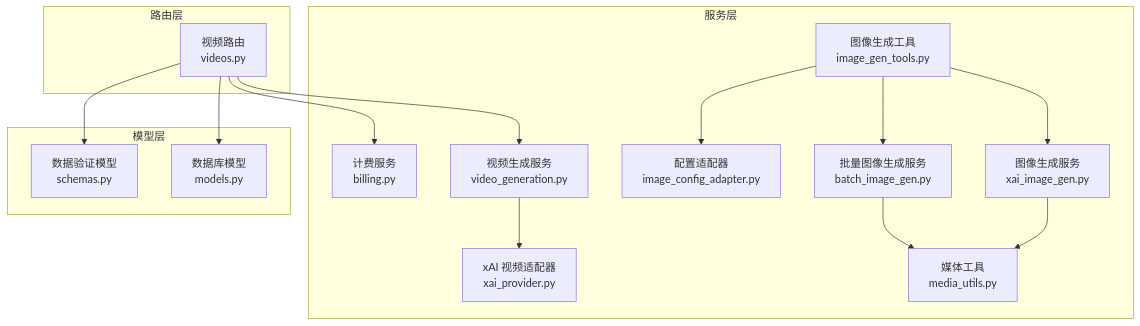
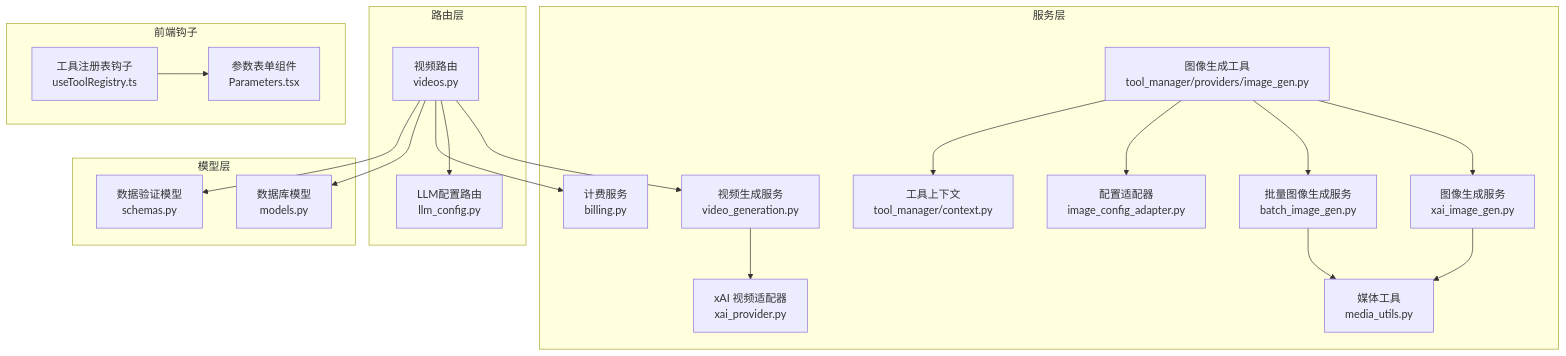
Before and after one commit to KunLabAI/KunFlix: the first of 9 diagrams in .qoder/repowiki/zh/content/后端服务架构/业务服务层/媒体生成服务/图像生成系统.md, drawn with Mermaid. The commit also changed other lines of this file and 13 other files, not shown here.

````diff
--- a/.qoder/repowiki/zh/content/后端服务架构/业务服务层/媒体生成服务/图像生成系统.md
+++ b/.qoder/repowiki/zh/content/后端服务架构/业务服务层/媒体生成服务/图像生成系统.md
@@ -40,30 +54,39 @@
 ```mermaid
 graph TB
 subgraph "服务层"
 S1["图像生成服务<br/>xai_image_gen.py"]
 S2["批量图像生成服务<br/>batch_image_gen.py"]
-S3["图像生成工具<br/>image_gen_tools.py"]
+S3["图像生成工具<br/>tool_manager/providers/image_gen.py"]
 S4["配置适配器<br/>image_config_adapter.py"]
 S5["媒体工具<br/>media_utils.py"]
 S6["计费服务<br/>billing.py"]
 S7["视频生成服务<br/>video_generation.py"]
 S8["xAI 视频适配器<br/>xai_provider.py"]
+S9["工具上下文<br/>tool_manager/context.py"]
 end
 subgraph "路由层"
 R1["视频路由<br/>videos.py"]
+R2["LLM配置路由<br/>llm_config.py"]
+end
+subgraph "前端钩子"
+F1["工具注册表钩子<br/>useToolRegistry.ts"]
+F2["参数表单组件<br/>Parameters.tsx"]
 end
 subgraph "模型层"
 M1["数据库模型<br/>models.py"]
 M2["数据验证模型<br/>schemas.py"]
 end
 R1 --> S7
+R1 --> R2
 S7 --> S8
 S3 --> S1
 S3 --> S2
 S3 --> S4
+S3 --> S9
 S1 --> S5
 S2 --> S5
 R1 --> S6
 R1 --> M1
 R1 --> M2
+F1 --> F2
 ```
````
